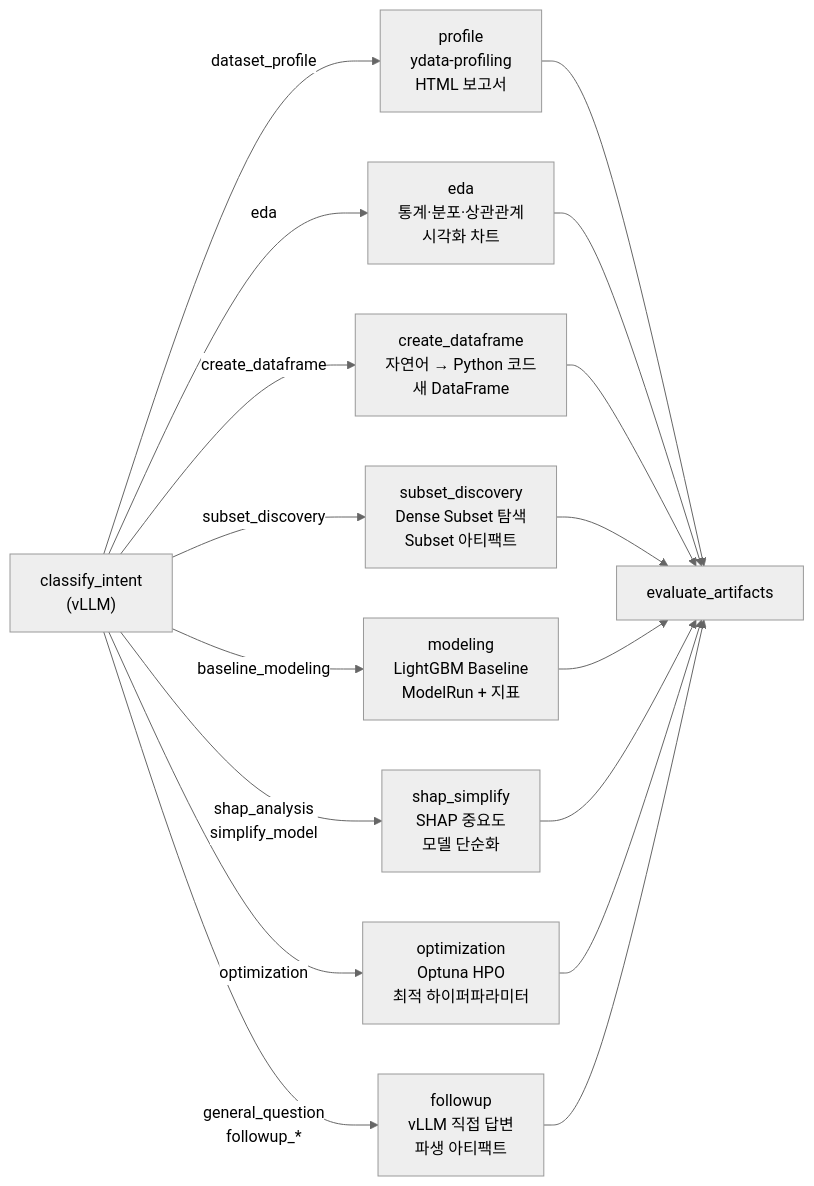
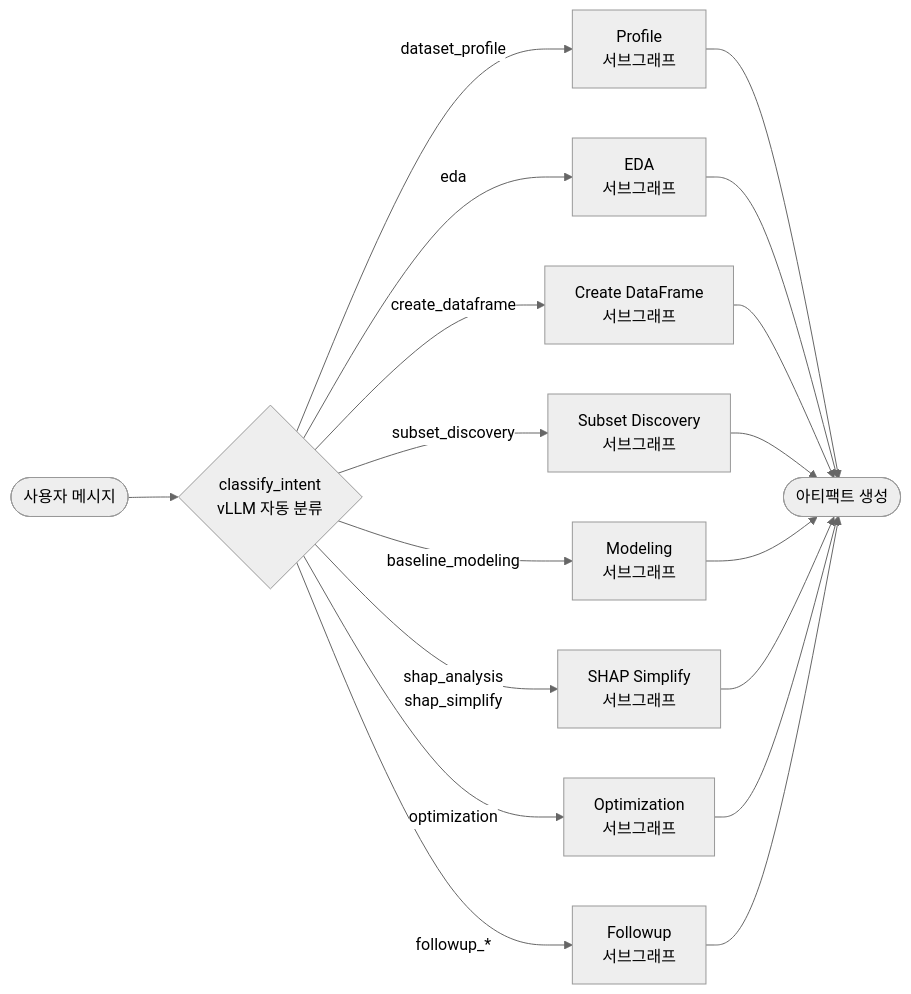
The third of 13 diagrams in README.md (DusunHwang/Data_LG), drawn with Mermaid (neutral theme) before and after one commit. The commit also changed other lines of this file, not shown here.

First line of the commit message:
docs: README.md 전면 재작성 — 아키텍처·파이프라인 mermaid 시각화

````diff
--- a/README.md
+++ b/README.md
@@ -348,15 +118,24 @@
 ```mermaid
 flowchart LR
-    CI["classify_intent\n(vLLM)"]
+    Msg(["사용자 메시지"])
 
-    CI -->|"dataset_profile"| SG1["profile\nydata-profiling\nHTML 보고서"]
-    CI -->|"eda"| SG2["eda\n통계·분포·상관관계\n시각화 차트"]
-    CI -->|"create_dataframe"| SG3["create_dataframe\n자연어 → Python 코드\n새 DataFrame"]
-    CI -->|"subset_discovery"| SG4["subset_discovery\nDense Subset 탐색\nSubset 아티팩트"]
-    CI -->|"baseline_modeling"| SG5["modeling\nLightGBM Baseline\nModelRun + 지표"]
-    CI -->|"shap_analysis\nsimplify_model"| SG6["shap_simplify\nSHAP 중요도\n모델 단순화"]
-    CI -->|"optimization"| SG7["optimization\nOptuna HPO\n최적 하이퍼파라미터"]
-    CI -->|"general_question\nfollowup_*"| SG8["followup\nvLLM 직접 답변\n파생 아티팩트"]
+    Msg --> CI{"classify_intent\nvLLM 자동 분류"}
 
-    SG1 & SG2 & SG3 & SG4 & SG5 & SG6 & SG7 & SG8 --> EVAL["evaluate_artifacts"]
+    CI -->|dataset_profile| P["Profile\n서브그래프"]
+    CI -->|eda| E["EDA\n서브그래프"]
+    CI -->|create_dataframe| D["Create DataFrame\n서브그래프"]
+    CI -->|subset_discovery| SD["Subset Discovery\n서브그래프"]
+    CI -->|baseline_modeling| M["Modeling\n서브그래프"]
+    CI -->|"shap_analysis\nshap_simplify"| S["SHAP Simplify\n서브그래프"]
+    CI -->|optimization| O["Optimization\n서브그래프"]
+    CI -->|followup_*| F["Followup\n서브그래프"]
+
+    P --> Out(["아티팩트 생성"])
+    E --> Out
+    D --> Out
+    SD --> Out
+    M --> Out
+    S --> Out
+    O --> Out
+    F --> Out
 ```
````
